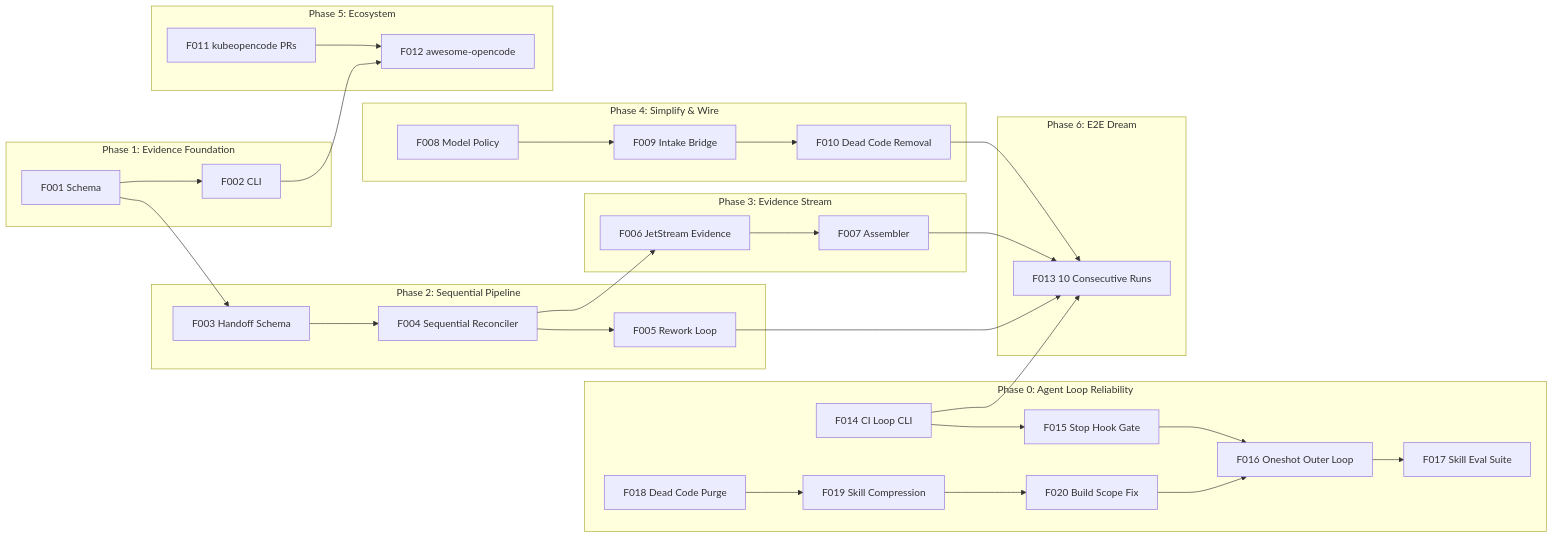
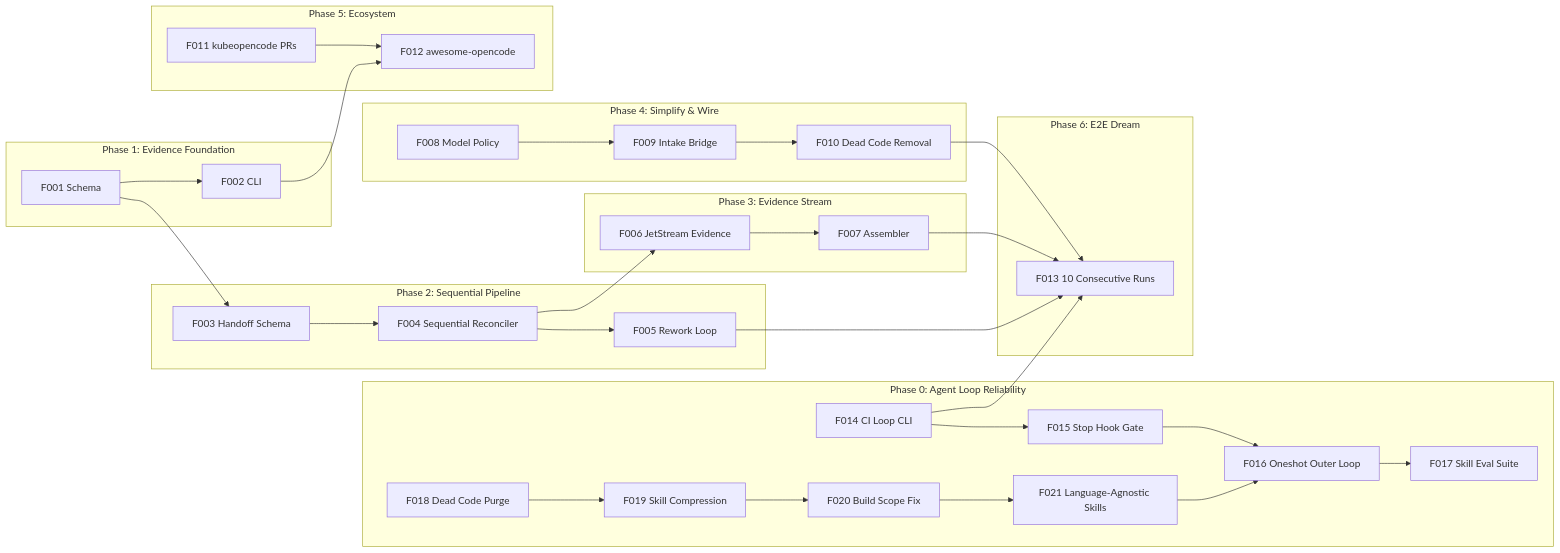
The diagram in docs/roadmap/ROADMAP.md (fall-out-bug/sdp_lab), drawn with Mermaid before and after one commit. The commit also changed other lines of this file and 4 other files, not shown here.

First line of the commit message:
F021: Add Language-Agnostic Skills to roadmap (Phase 0, after F020)

````diff
--- a/docs/roadmap/ROADMAP.md
+++ b/docs/roadmap/ROADMAP.md
@@ -14,58 +14,60 @@
 ```mermaid
 graph LR
     subgraph p0 ["Phase 0: Agent Loop Reliability"]
         F014["F014 CI Loop CLI"]
         F015["F015 Stop Hook Gate"]
         F016["F016 Oneshot Outer Loop"]
         F017["F017 Skill Eval Suite"]
         F018["F018 Dead Code Purge"]
         F019["F019 Skill Compression"]
         F020["F020 Build Scope Fix"]
+        F021["F021 Language-Agnostic Skills"]
     end
     subgraph p1 ["Phase 1: Evidence Foundation"]
         F001["F001 Schema"]
         F002["F002 CLI"]
     end
     subgraph p2 ["Phase 2: Sequential Pipeline"]
         F003["F003 Handoff Schema"]
         F004["F004 Sequential Reconciler"]
         F005["F005 Rework Loop"]
     end
     subgraph p3 ["Phase 3: Evidence Stream"]
         F006["F006 JetStream Evidence"]
         F007["F007 Assembler"]
     end
     subgraph p4 ["Phase 4: Simplify & Wire"]
         F008["F008 Model Policy"]
         F009["F009 Intake Bridge"]
         F010["F010 Dead Code Removal"]
     end
     subgraph p5 ["Phase 5: Ecosystem"]
         F011["F011 kubeopencode PRs"]
         F012["F012 awesome-opencode"]
     end
     subgraph p6 ["Phase 6: E2E Dream"]
         F013["F013 10 Consecutive Runs"]
     end
 
     F018 --> F019
     F019 --> F020
-    F020 --> F016
+    F020 --> F021
+    F021 --> F016
     F014 --> F015
     F015 --> F016
     F016 --> F017
     F014 --> F013
     F001 --> F002
     F001 --> F003
     F002 --> F012
     F003 --> F004
     F004 --> F005
     F004 --> F006
     F006 --> F007
     F005 --> F013
     F007 --> F013
     F008 --> F009
     F009 --> F010
     F010 --> F013
     F011 --> F012
 ```
````
